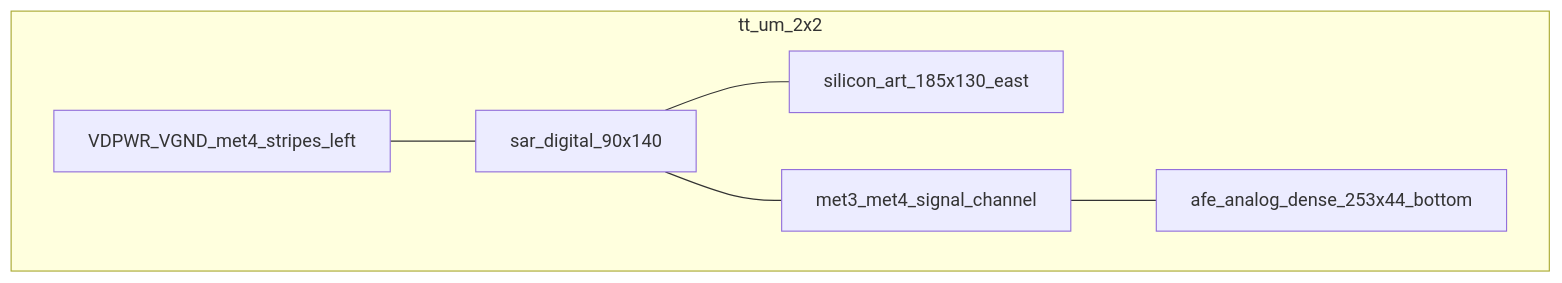
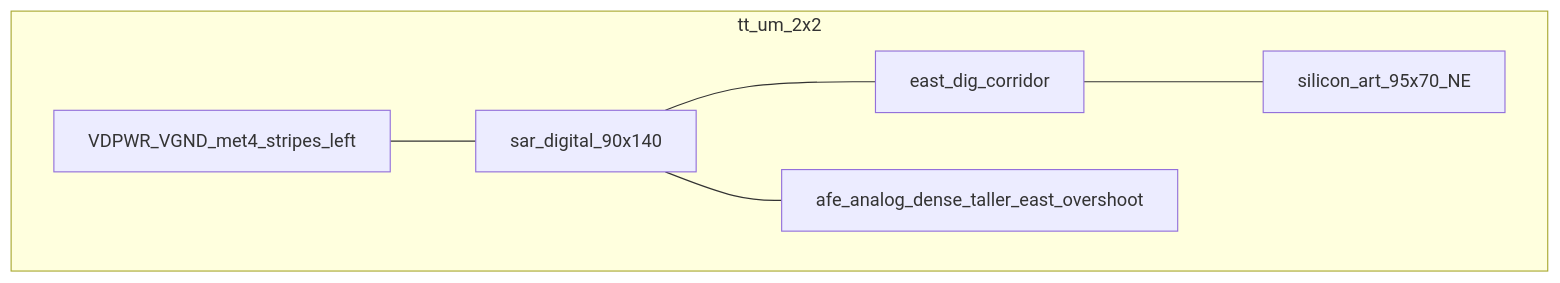
Before and after one commit to davidbroughsmyth/heart_monitor_adc_art_ttsky26c: the sixth of 6 diagrams in docs/ARCHITECTURE.md, drawn with Mermaid. The commit also changed other lines of this file and 30 other files, not shown here.

````diff
--- a/docs/ARCHITECTURE.md
+++ b/docs/ARCHITECTURE.md
@@ -172,14 +175,14 @@
 ```mermaid
 flowchart TB
   subgraph tile [tt_um_2x2]
     pwr[VDPWR_VGND_met4_stripes_left]
     digR[sar_digital_90x140]
-    artR[silicon_art_185x130_east]
-    chan[met3_met4_signal_channel]
-    afeR[afe_analog_dense_253x44_bottom]
+    artR[silicon_art_95x70_NE]
+    eastDig[east_dig_corridor]
+    afeR[afe_analog_dense_taller_east_overshoot]
   end
   pwr --- digR
-  digR --- artR
-  digR --- chan
-  chan --- afeR
+  digR --- eastDig
+  eastDig --- artR
+  digR --- afeR
 ```
````
